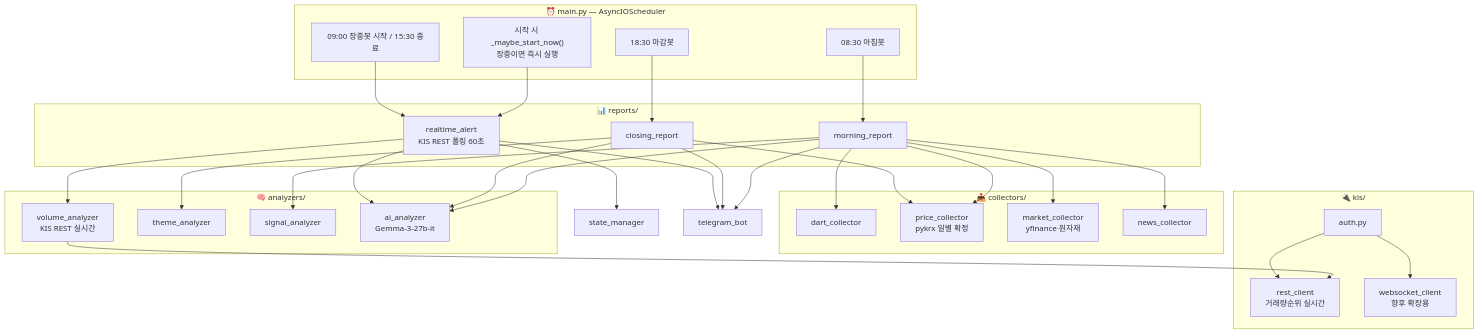
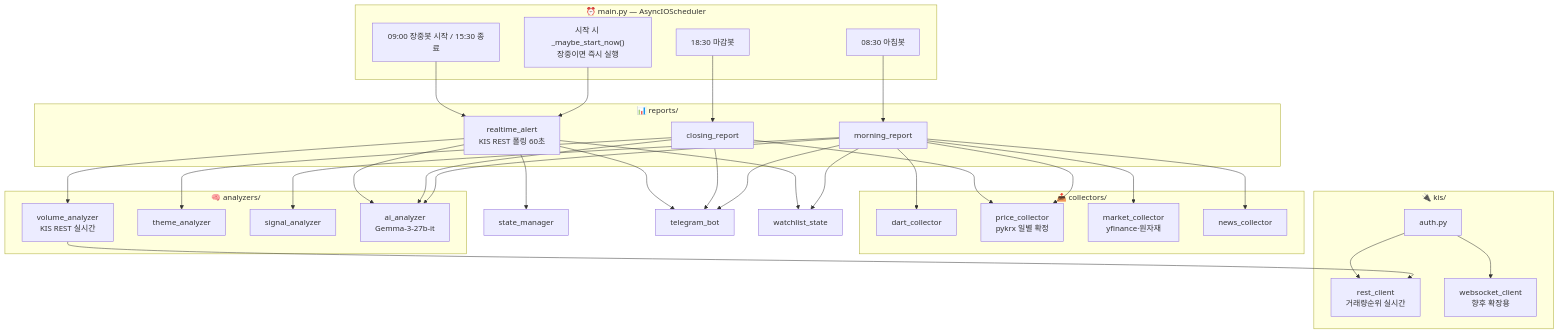
Before and after one commit to testgpt852-arch/korea_stock_bot: the diagram in ARCHITECTURE.md, drawn with Mermaid. The commit also changed other lines of this file and 7 other files, not shown here.

````diff
--- a/ARCHITECTURE.md
+++ b/ARCHITECTURE.md
@@ -127,49 +129,52 @@
 ```mermaid
 graph TD
     subgraph "⏰ main.py — AsyncIOScheduler"
         S0["시작 시 _maybe_start_now()\n장중이면 즉시 실행"]
         S1["08:30 아침봇"]
         S2["18:30 마감봇"]
         S3["09:00 장중봇 시작 / 15:30 종료"]
     end
 
     subgraph "📥 collectors/"
         DC["dart_collector"]
         PC["price_collector\npykrx 일별 확정"]
         MC["market_collector\nyfinance·원자재"]
         NC["news_collector"]
     end
 
     subgraph "🧠 analyzers/"
         VA["volume_analyzer\nKIS REST 실시간"]
         TA["theme_analyzer"]
         SA["signal_analyzer"]
         AI["ai_analyzer\nGemma-3-27b-it"]
     end
 
     subgraph "📊 reports/"
         MR["morning_report"]
         CR["closing_report"]
         RA["realtime_alert\nKIS REST 폴링 60초"]
     end
 
     subgraph "🔌 kis/"
         KA["auth.py"]
         KR["rest_client\n거래량순위 실시간"]
         KW["websocket_client\n향후 확장용"]
     end
 
     SM["state_manager"]
     TB["telegram_bot"]
 
     S0 & S3 --> RA
     S1 --> MR
     S2 --> CR
 
     MR --> DC & MC & NC & PC & SA & AI
     CR --> PC & TA & AI
     RA --> VA & SM & AI
     VA --> KR
     KA --> KR & KW
+    WLS[watchlist_state]
+    MR --> WLS
+    RA --> WLS
     MR & CR & RA --> TB
 ```
````
